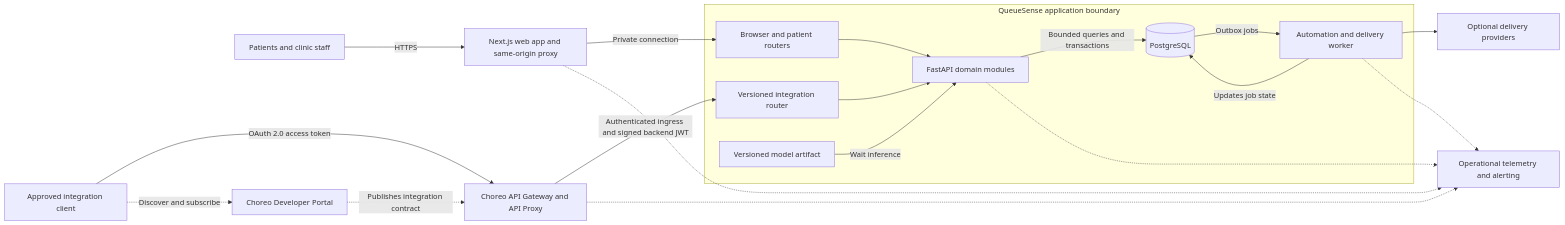
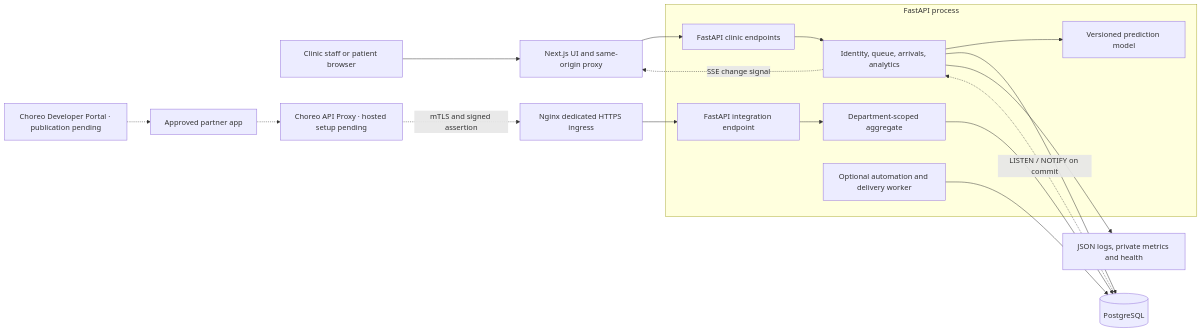
One commit to denusha1/QueueSense changed the first of 3 diagrams in docs/SYSTEM_ARCHITECTURE.md. Above: the diagram before and after it, drawn with Mermaid. The commit also changed other lines of this file and 78 other files, not shown here.

Commit message:
Complete QueueSense Enterprise stages 14–20

````diff
--- a/docs/SYSTEM_ARCHITECTURE.md
+++ b/docs/SYSTEM_ARCHITECTURE.md
@@ -9,30 +7,21 @@
 ```mermaid
 flowchart LR
-    People["Patients and clinic staff"] -->|"HTTPS"| Web["Next.js web app and same-origin proxy"]
-    Partner["Approved integration client"] -->|"OAuth 2.0 access token"| Gateway["Choreo API Gateway and API Proxy"]
-    Partner -.->|"Discover and subscribe"| Portal["Choreo Developer Portal"]
-    Portal -.->|"Publishes integration contract"| Gateway
-
-    subgraph Origin["QueueSense application boundary"]
-        BrowserRouter["Browser and patient routers"]
-        IntegrationRouter["Versioned integration router"]
-        Domain["FastAPI domain modules"]
-        Worker["Automation and delivery worker"]
-        DB[("PostgreSQL")]
-        Artifact["Versioned model artifact"]
-        BrowserRouter --> Domain
-        IntegrationRouter --> Domain
-        Domain -->|"Bounded queries and transactions"| DB
-        DB -->|"Outbox jobs"| Worker
-        Worker -->|"Updates job state"| DB
-        Artifact -->|"Wait inference"| Domain
+    Browser["Clinic staff or patient browser"] --> Web["Next.js UI and same-origin proxy"]
+    Web --> Staff["FastAPI clinic endpoints"]
+    Client["Approved partner app"] -.-> Gateway["Choreo API Proxy · hosted setup pending"]
+    Portal["Choreo Developer Portal · publication pending"] -.-> Client
+    Gateway -.->|"mTLS and signed assertion"| Ingress["Nginx dedicated HTTPS ingress"]
+    Ingress --> Partner["FastAPI integration endpoint"]
+    subgraph Application["FastAPI process"]
+        Staff --> Domain["Identity, queue, arrivals, analytics"]
+        Partner --> Aggregate["Department-scoped aggregate"]
+        Domain --> Prediction["Versioned prediction model"]
+        Worker["Optional automation and delivery worker"]
     end
-
-    Web -->|"Private connection"| BrowserRouter
-    Gateway -->|"Authenticated ingress and signed backend JWT"| IntegrationRouter
-    Worker --> Providers["Optional delivery providers"]
-    Gateway -.-> Telemetry["Operational telemetry and alerting"]
-    Web -.-> Telemetry
-    Domain -.-> Telemetry
-    Worker -.-> Telemetry
+    Domain --> DB[("PostgreSQL")]
+    Aggregate --> DB
+    Worker --> DB
+    Domain --> Telemetry["JSON logs, private metrics and health"]
+    DB -.->|"LISTEN / NOTIFY on commit"| Domain
+    Domain -.->|"SSE change signal"| Web
 ```
````
